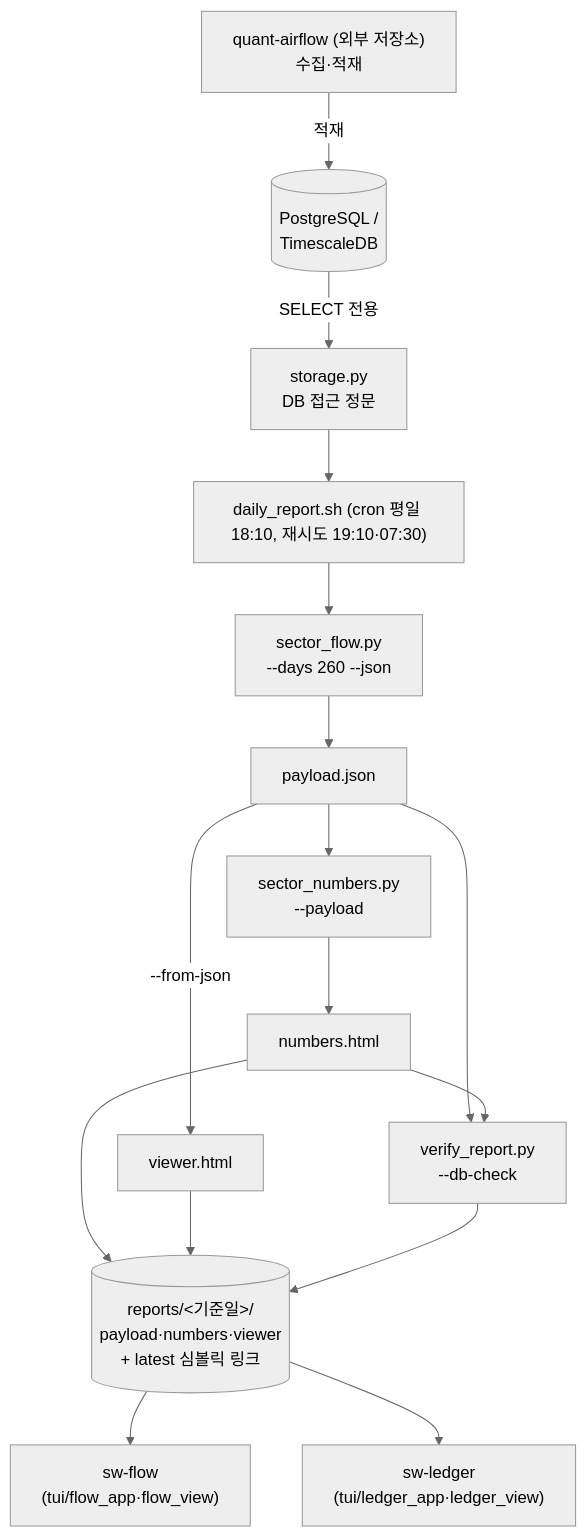
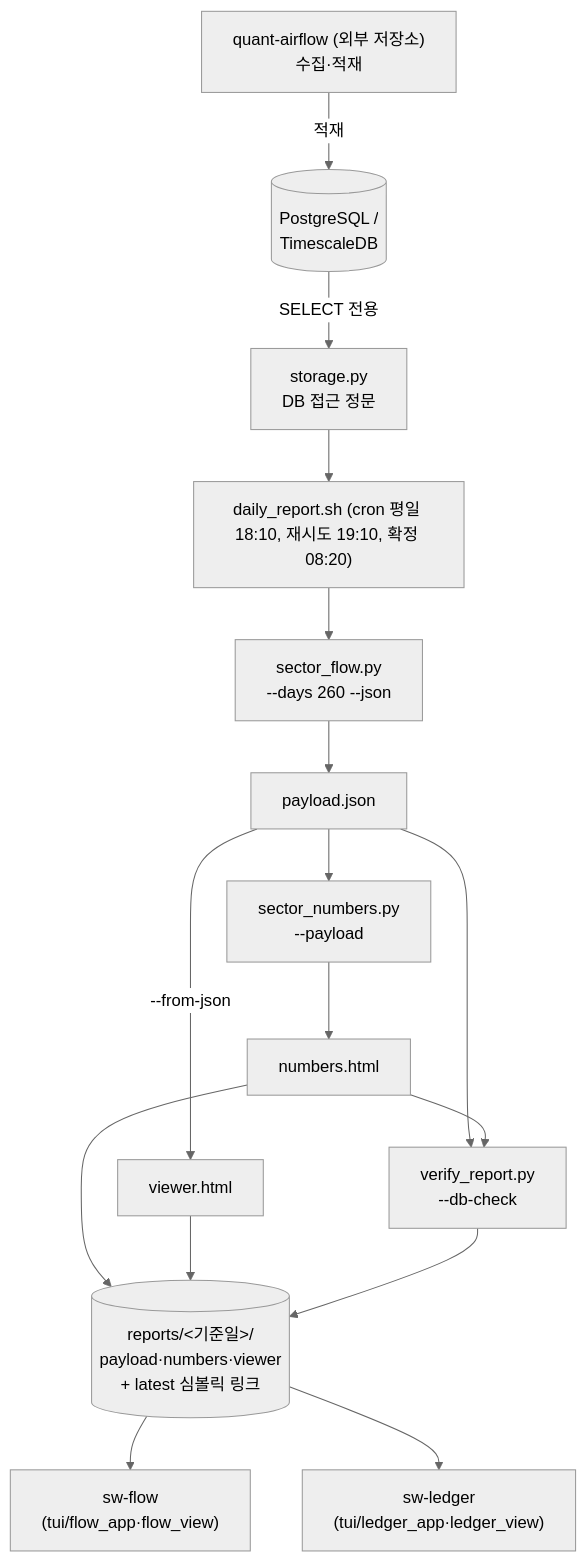
The diagram in README.md (younghwan91/sector-flow), drawn with Mermaid (neutral theme) before and after one commit. The commit also changed other lines of this file and 4 other files, not shown here.

````diff
--- a/README.md
+++ b/README.md
@@ -72,22 +72,22 @@
 ```mermaid
 flowchart TD
     AF["quant-airflow (외부 저장소)\n수집·적재"] -->|적재| DB[("PostgreSQL /\nTimescaleDB")]
 
     DB -->|"SELECT 전용"| ST["storage.py\nDB 접근 정문"]
 
-    ST --> CRON["daily_report.sh (cron 평일 18:10, 재시도 19:10·07:30)"]
+    ST --> CRON["daily_report.sh (cron 평일 18:10, 재시도 19:10, 확정 08:20)"]
     CRON --> SF["sector_flow.py\n--days 260 --json"]
     SF --> PAYLOAD["payload.json"]
     PAYLOAD --> SN["sector_numbers.py\n--payload"]
     PAYLOAD -->|"--from-json"| VW["viewer.html"]
     SN --> NH["numbers.html"]
     PAYLOAD --> VR["verify_report.py\n--db-check"]
     NH --> VR
 
     NH --> REP[("reports/&lt;기준일&gt;/\npayload·numbers·viewer\n+ latest 심볼릭 링크")]
     VW --> REP
     VR --> REP
 
     REP --> FLOW["sw-flow\n(tui/flow_app·flow_view)"]
     REP --> LEDGER["sw-ledger\n(tui/ledger_app·ledger_view)"]
 ```
````
